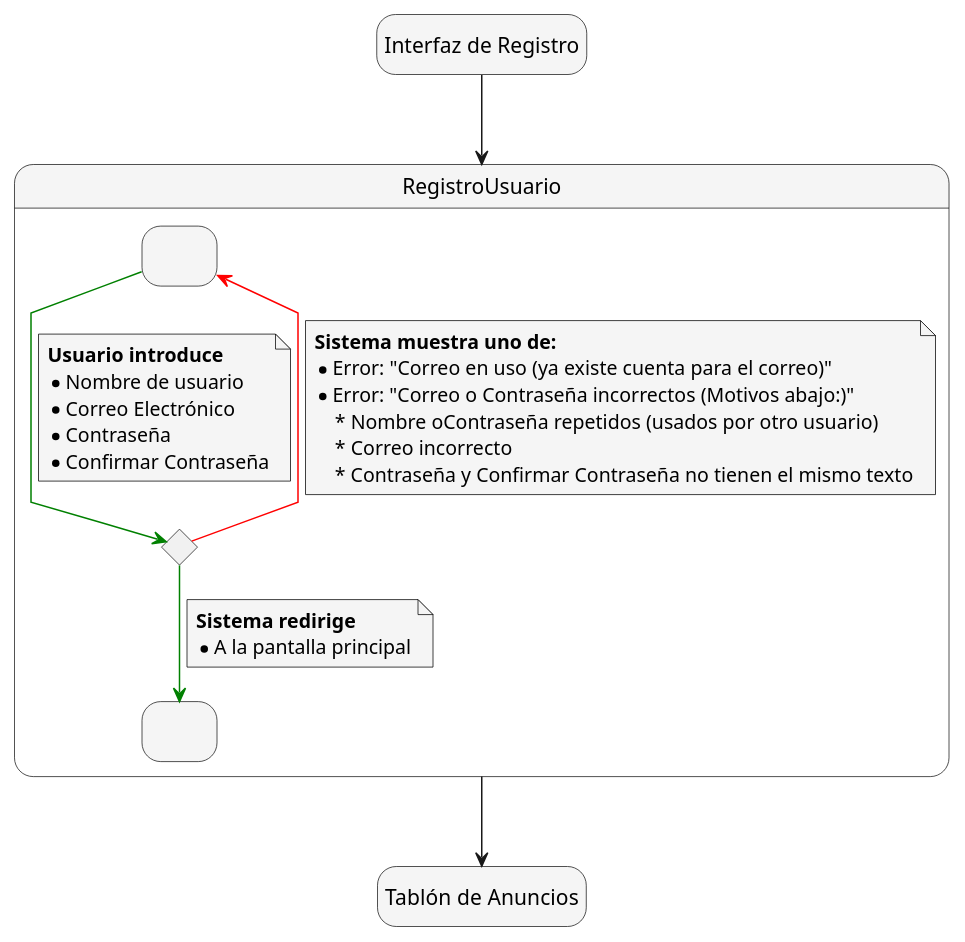
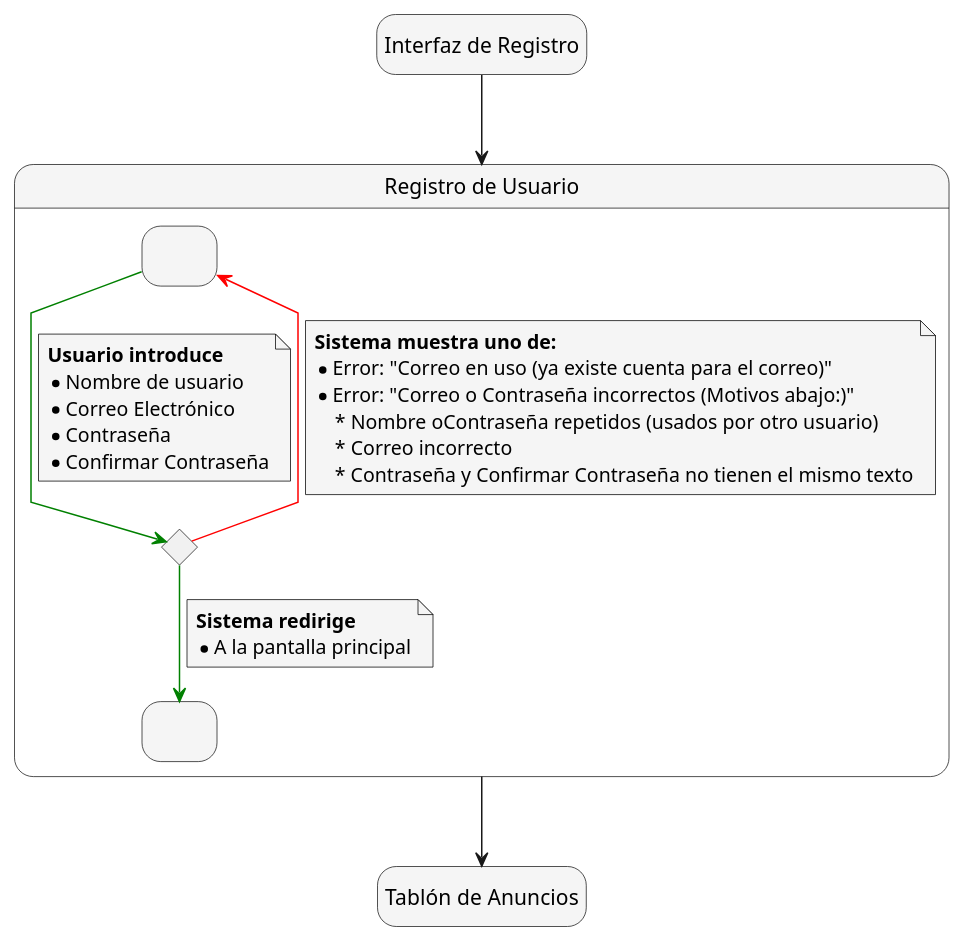
Before and after one commit to mmasias/24-25-IdSw1-SDR: the diagram in modelosUML - Codigo/Detallado de CdU/2ªIteración/CdU_Registro.puml, drawn with PlantUML.

```diff
--- a/modelosUML - Codigo/Detallado de CdU/2ªIteración/CdU_Registro.puml
+++ b/modelosUML - Codigo/Detallado de CdU/2ªIteración/CdU_Registro.puml
@@ -1,53 +1,53 @@
 @startuml Registro_Usuario
 skinparam {
     NoteBackgroundColor #whiteSmoke
     NoteBorderColor #black
     linetype polyline
 }
 
 skinparam state {
     BackgroundColor #whiteSmoke
 }
 
 hide empty description
 
 state startState as "Interfaz de Registro"
 state endState as "Tablón de Anuncios"
 
 
 startState --> RegistroUsuario
 
-state RegistroUsuario {
+state RegistroUsuario as "Registro de Usuario" {
     state IngresoCredenciales as " "
     state ValidarCredenciales <<choice>>
     state InicioSesionCorrecto as " "
 
     IngresoCredenciales -[#green]-> ValidarCredenciales
     note on link
         <b>Usuario introduce</b>
         * Nombre de usuario
         * Correo Electrónico
         * Contraseña
         * Confirmar Contraseña
     end note
 
     ValidarCredenciales -[#red]-> IngresoCredenciales
     note on link
         <b>Sistema muestra uno de:</b>
         * Error: "Correo en uso (ya existe cuenta para el correo)"
         * Error: "Correo o Contraseña incorrectos (Motivos abajo:)"
             * Nombre oContraseña repetidos (usados por otro usuario)
             * Correo incorrecto
             * Contraseña y Confirmar Contraseña no tienen el mismo texto
     end note
 
     ValidarCredenciales -[#green]-> InicioSesionCorrecto
     note on link
         <b>Sistema redirige</b>
         * A la pantalla principal
     end note
 }
 
 RegistroUsuario --> endState
 
 @enduml
```
